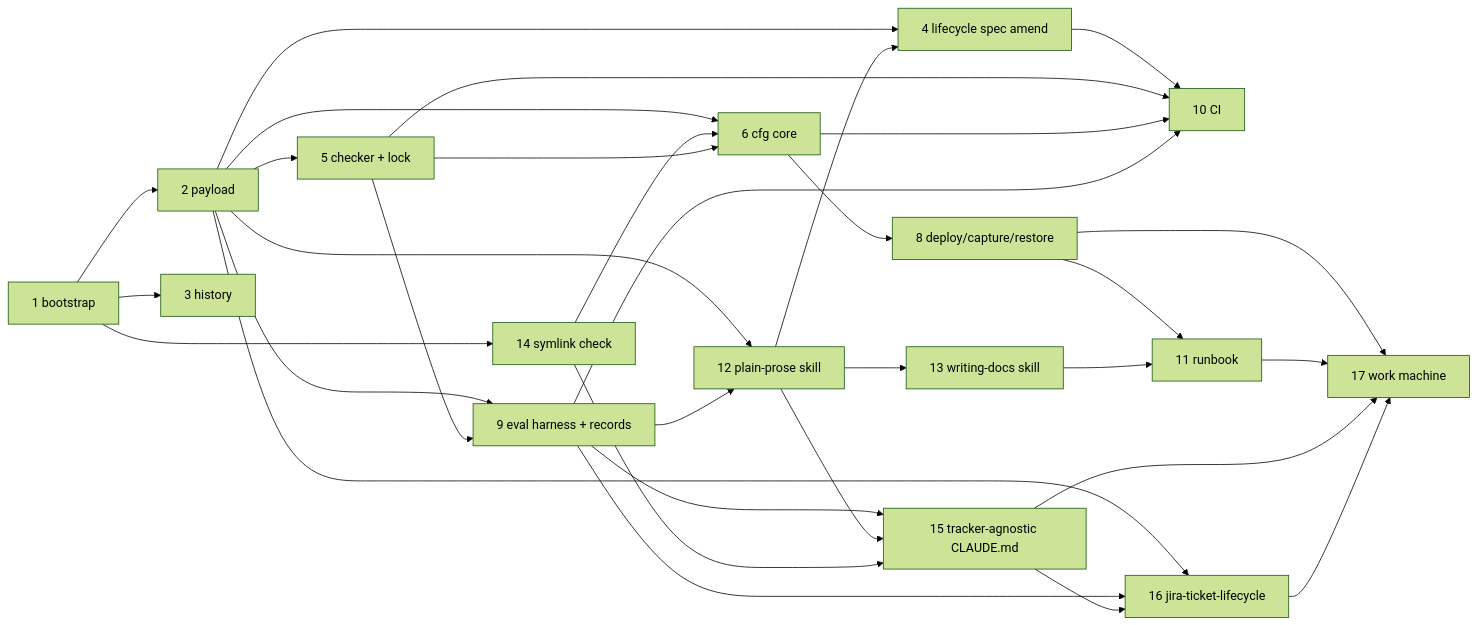
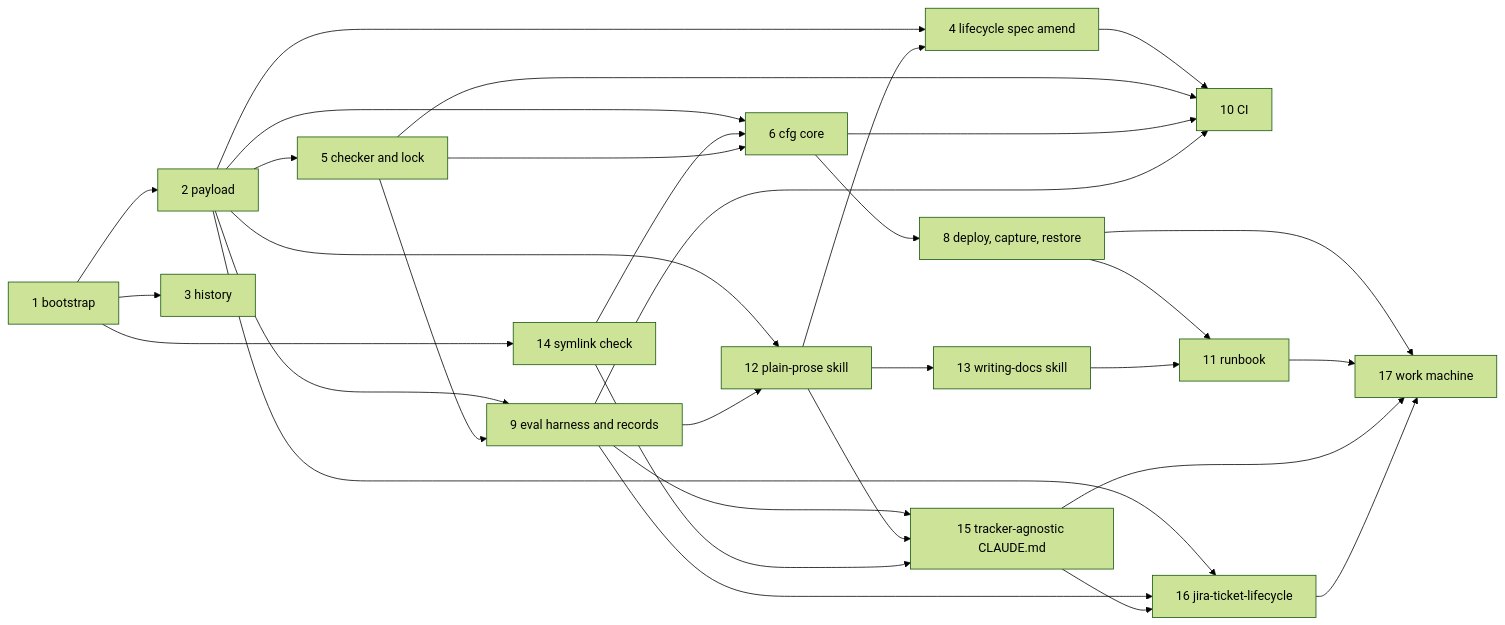
One commit to Towerism/claude-config changed the diagram in docs/architecture/plan.md. Above: the diagram before and after it, drawn with Mermaid (forest theme). The commit also changed 1 other file, not shown here.

Commit message:
docs(architecture): quote diagram labels so every mermaid block renders (#81)
Two of the six diagrams failed to parse in mermaid-cli 11.4.2 and
10.9.1. The system overview had "(#62)" in an unquoted edge label, and
the deploy sequence had semicolons inside messages, which end a
statement in a sequence diagram.

Every flowchart label is now quoted, and the sequence messages use
commas or full stops instead of semicolons. The nodes and edges are
unchanged; only the label wording moved where it had to.

````diff
--- a/docs/architecture/plan.md
+++ b/docs/architecture/plan.md
@@ -33,20 +33,20 @@
 ```mermaid
 flowchart LR
-  I1[1 bootstrap] --> I2[2 payload] & I3[3 history]
-  I2 --> I4[4 lifecycle spec amend]
+  I1["1 bootstrap"] --> I2["2 payload"] & I3["3 history"]
+  I2 --> I4["4 lifecycle spec amend"]
   I12 --> I4
-  I2 --> I5[5 checker + lock]
-  I2 --> I6[6 cfg core]
-  I1 --> I14[14 symlink check] --> I6
+  I2 --> I5["5 checker and lock"]
+  I2 --> I6["6 cfg core"]
+  I1 --> I14["14 symlink check"] --> I6
   I5 --> I6
-  I6 --> I8[8 deploy/capture/restore]
-  I2 --> I9[9 eval harness + records]
+  I6 --> I8["8 deploy, capture, restore"]
+  I2 --> I9["9 eval harness and records"]
   I5 --> I9
-  I4 & I5 & I6 & I9 --> I10[10 CI]
-  I2 & I9 --> I12[12 plain-prose skill]
-  I12 --> I13[13 writing-docs skill]
-  I8 & I13 --> I11[11 runbook]
-  I9 & I12 & I14 --> I15[15 tracker-agnostic CLAUDE.md]
-  I2 & I9 & I15 --> I16[16 jira-ticket-lifecycle]
-  I8 & I11 & I15 & I16 --> I17[17 work machine]
+  I4 & I5 & I6 & I9 --> I10["10 CI"]
+  I2 & I9 --> I12["12 plain-prose skill"]
+  I12 --> I13["13 writing-docs skill"]
+  I8 & I13 --> I11["11 runbook"]
+  I9 & I12 & I14 --> I15["15 tracker-agnostic CLAUDE.md"]
+  I2 & I9 & I15 --> I16["16 jira-ticket-lifecycle"]
+  I8 & I11 & I15 & I16 --> I17["17 work machine"]
 ```
````
